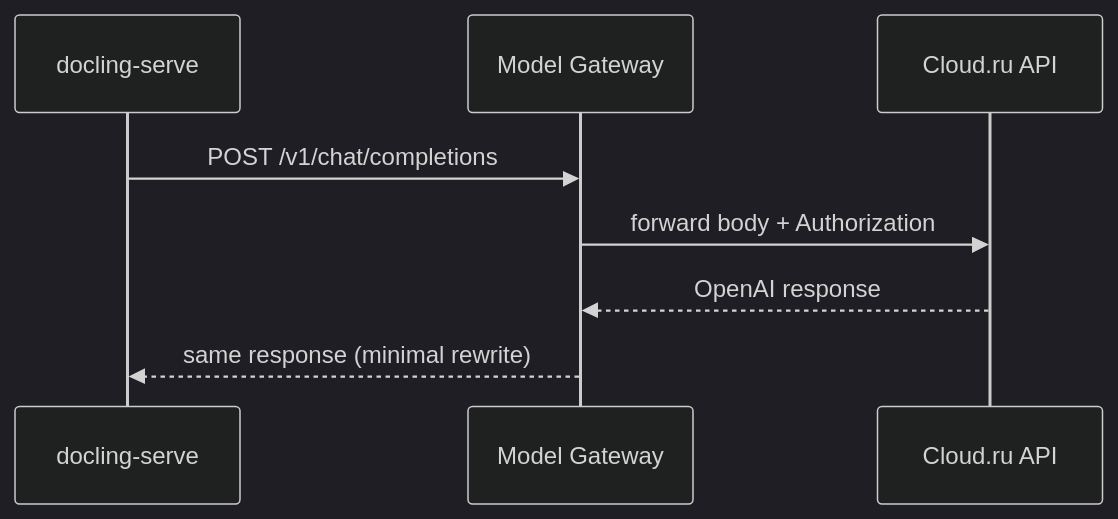
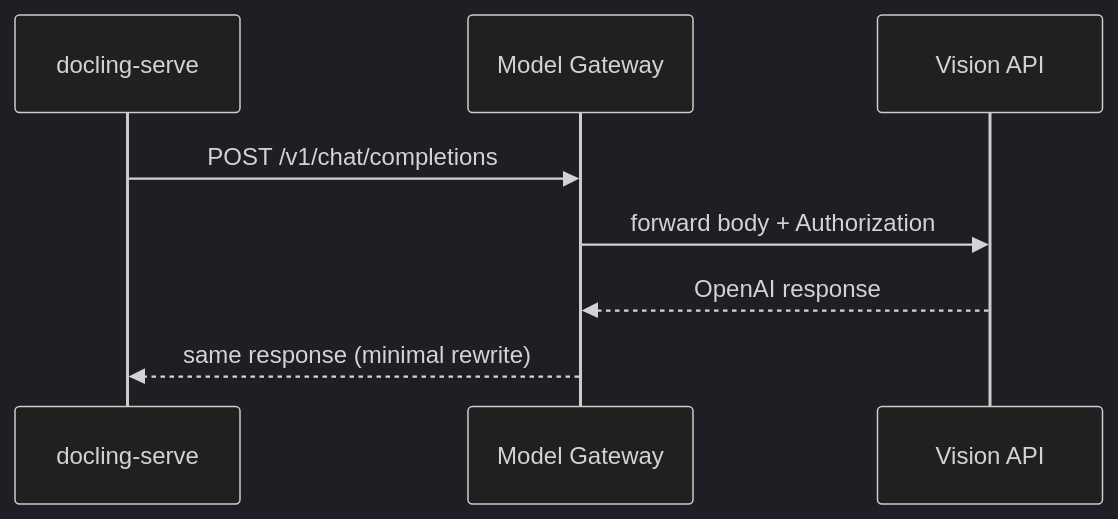
The third of 5 diagrams in plans/Architecture.md (idpro1313/doclingllm), drawn with Mermaid (dark theme) before and after one commit. The commit also changed other lines of this file and 15 other files, not shown here.

````diff
--- a/plans/Architecture.md
+++ b/plans/Architecture.md
@@ -282,11 +282,11 @@
 ```mermaid
 sequenceDiagram
     participant DS as docling-serve
     participant GW as Model Gateway
-    participant CR as Cloud.ru API
+    participant CR as Vision API
 
     DS->>GW: POST /v1/chat/completions
     GW->>CR: forward body + Authorization
     CR-->>GW: OpenAI response
     GW-->>DS: same response (minimal rewrite)
 ```
````
